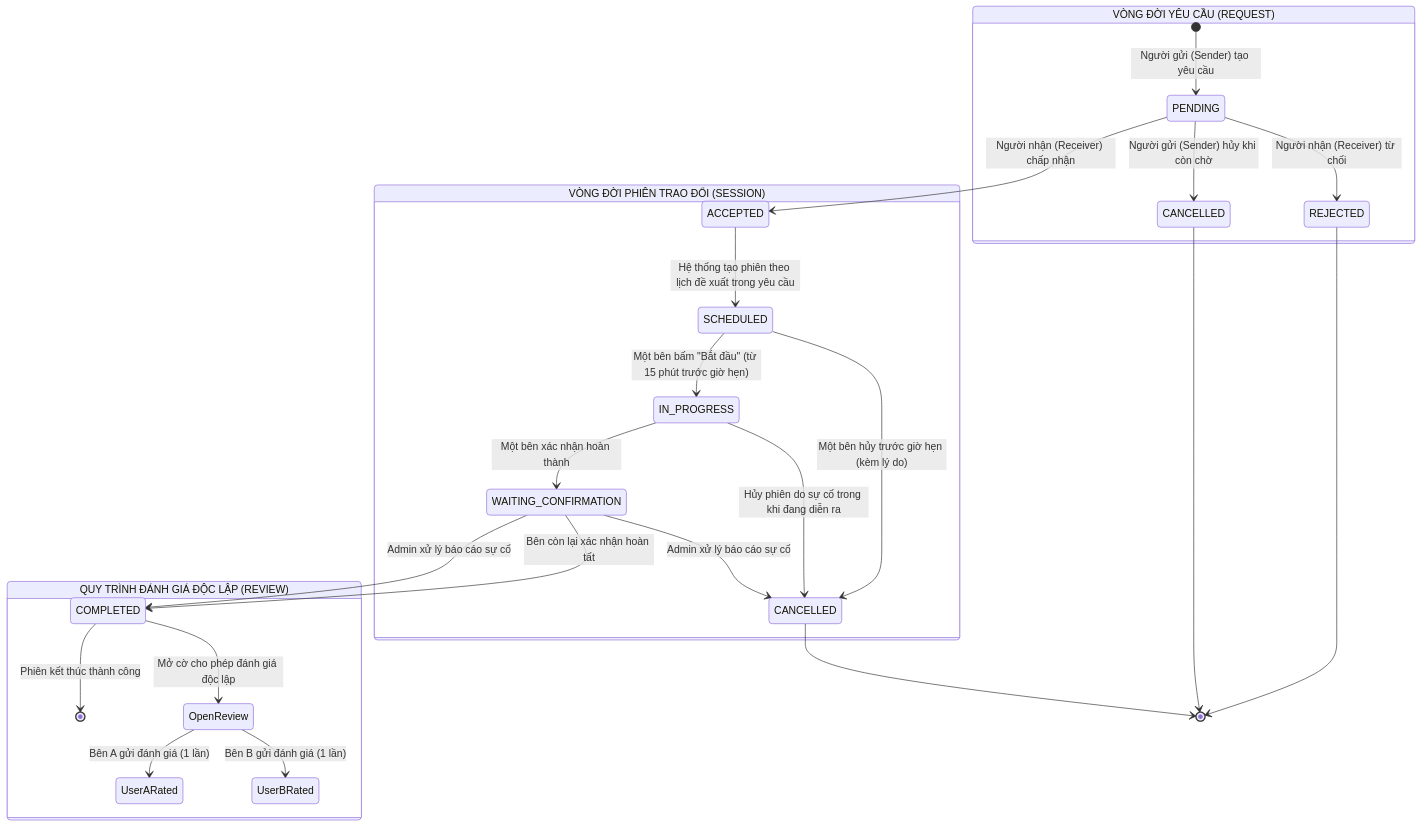
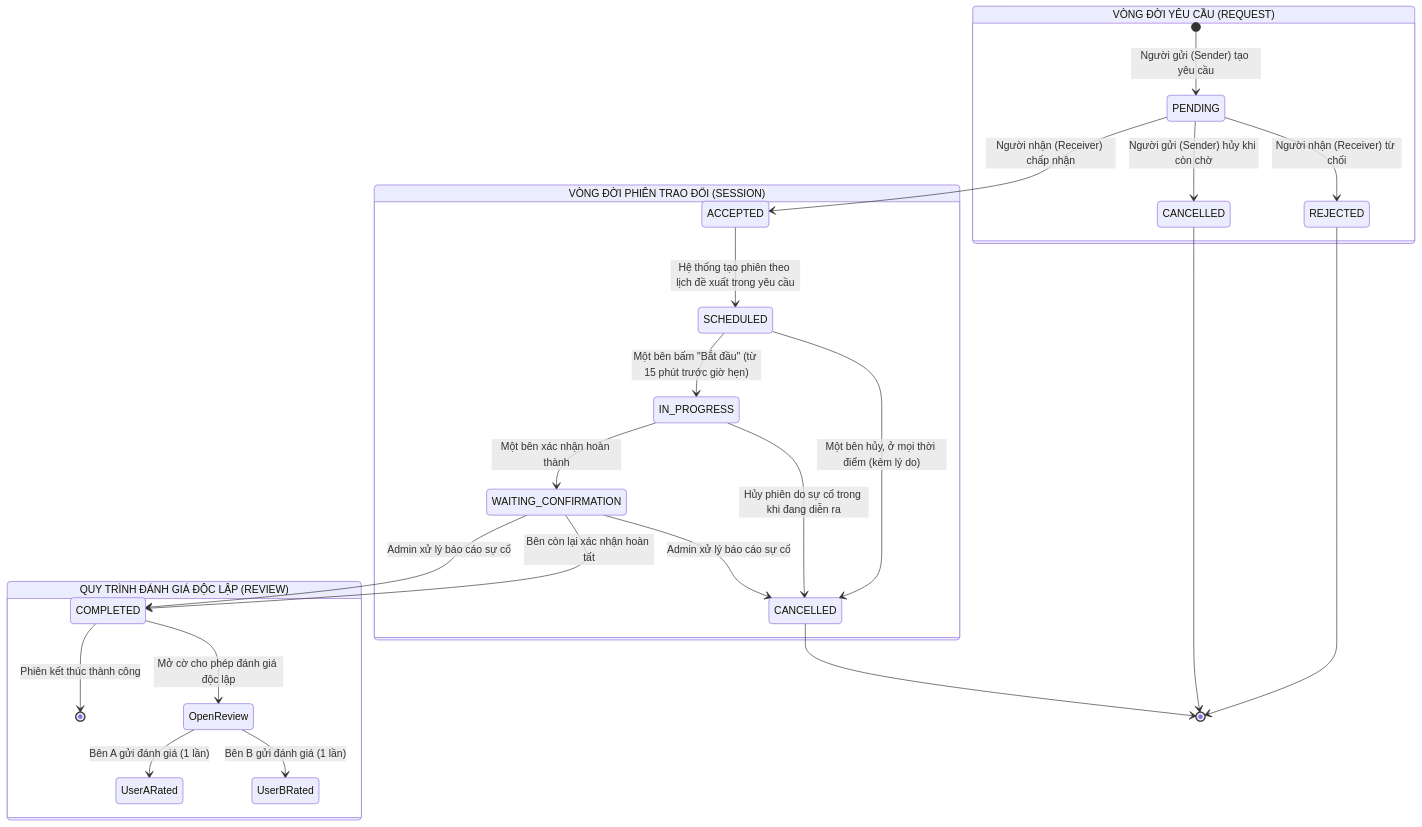
One commit to world-ender1/skill-exchange changed the diagram in docs/tuan_1/Phan_tich_yeu_cau_Skill_Exchange_Tuan_1.md. Above: the diagram before and after it, drawn with Mermaid. The commit also changed other lines of this file and 8 other files, not shown here.

````diff
--- a/docs/tuan_1/Phan_tich_yeu_cau_Skill_Exchange_Tuan_1.md
+++ b/docs/tuan_1/Phan_tich_yeu_cau_Skill_Exchange_Tuan_1.md
@@ -316,37 +316,37 @@
 ```mermaid
 stateDiagram-v2
     direction TB
 
     state "VÒNG ĐỜI YÊU CẦU (REQUEST)" as RequestFlow {
         state "CANCELLED" as CANCELLED_REQ
         [*] --> PENDING : Người gửi (Sender) tạo yêu cầu
         PENDING --> REJECTED : Người nhận (Receiver) từ chối
         PENDING --> CANCELLED_REQ : Người gửi (Sender) hủy khi còn chờ
         PENDING --> ACCEPTED : Người nhận (Receiver) chấp nhận
     }
 
     state "VÒNG ĐỜI PHIÊN TRAO ĐỔI (SESSION)" as SessionFlow {
         state "CANCELLED" as CANCELLED_SES
         ACCEPTED --> SCHEDULED : Hệ thống tạo phiên theo lịch đề xuất trong yêu cầu
         SCHEDULED --> IN_PROGRESS : Một bên bấm "Bắt đầu" (từ 15 phút trước giờ hẹn)
-        SCHEDULED --> CANCELLED_SES : Một bên hủy trước giờ hẹn (kèm lý do)
+        SCHEDULED --> CANCELLED_SES : Một bên hủy, ở mọi thời điểm (kèm lý do)
         
         IN_PROGRESS --> WAITING_CONFIRMATION : Một bên xác nhận hoàn thành
         IN_PROGRESS --> CANCELLED_SES : Hủy phiên do sự cố trong khi đang diễn ra
         
         WAITING_CONFIRMATION --> COMPLETED : Bên còn lại xác nhận hoàn tất
         WAITING_CONFIRMATION --> COMPLETED : Admin xử lý báo cáo sự cố
         WAITING_CONFIRMATION --> CANCELLED_SES : Admin xử lý báo cáo sự cố
     }
 
     state "QUY TRÌNH ĐÁNH GIÁ ĐỘC LẬP (REVIEW)" as ReviewFlow {
         COMPLETED --> [*] : Phiên kết thúc thành công
         COMPLETED --> OpenReview : Mở cờ cho phép đánh giá độc lập
         OpenReview --> UserARated : Bên A gửi đánh giá (1 lần)
         OpenReview --> UserBRated : Bên B gửi đánh giá (1 lần)
     }
 
     REJECTED --> [*]
     CANCELLED_REQ --> [*]
     CANCELLED_SES --> [*]
 ```
````
